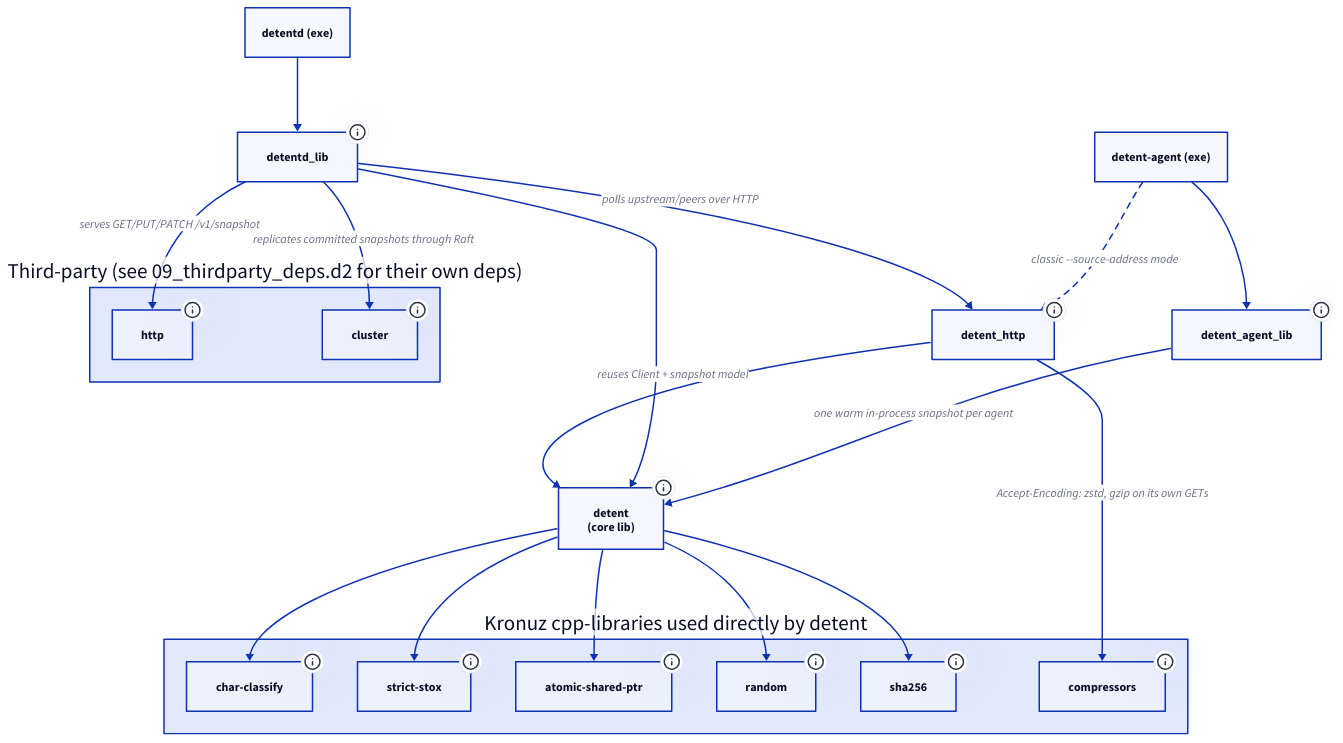
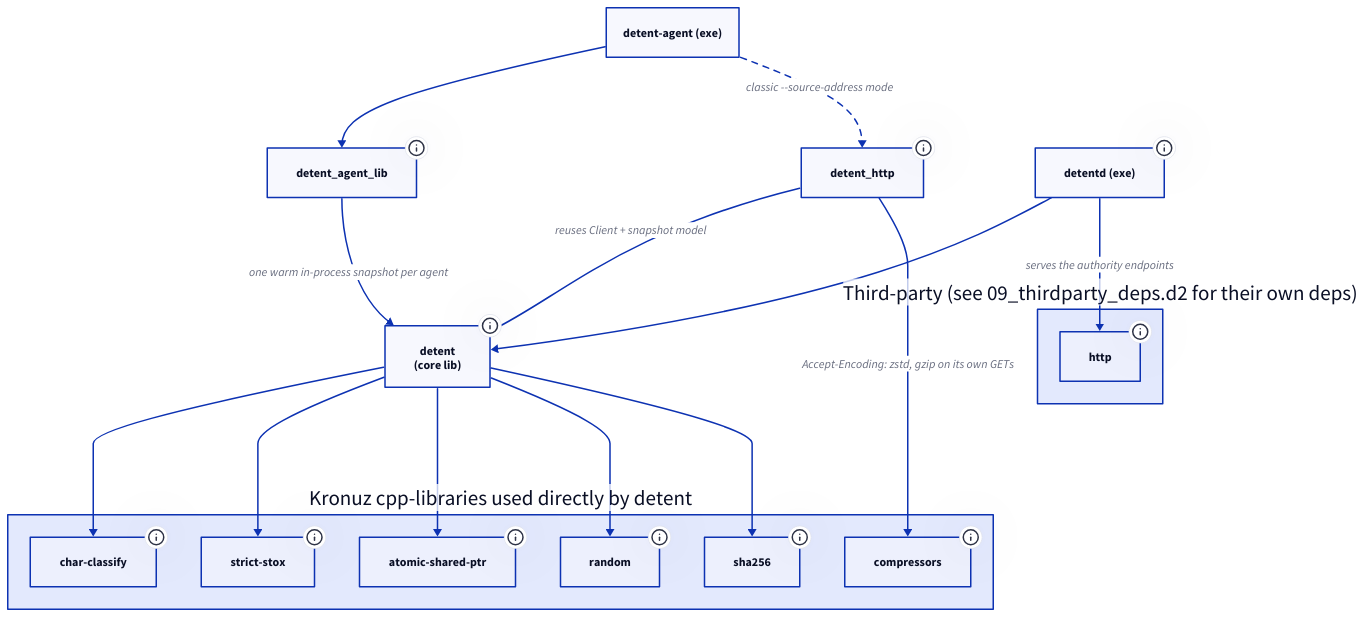
One commit to Kronuz/Detent changed the diagram in diagrams/08_detent_deps.d2. Above: the diagram before and after it, drawn with D2. The commit also changed 115 other files, not shown here.

First line of the commit message:
Remove the classic distributor and classic Raft

```diff
--- a/diagrams/08_detent_deps.d2
+++ b/diagrams/08_detent_deps.d2
@@ -1,51 +1,46 @@
-# Selected classic-profile targets and their direct dependencies.
+# Selected targets and their direct dependencies.
 # Managed authority and generation targets are documented separately.
 direction: down
 
 detent: "detent\n(core lib)" {
   tooltip: RCU client, JSON schema, hashing, overrides, file source
 }
 detent_http: "detent_http" {
   tooltip: HTTP polling client -- plain POSIX sockets, no reactor
 }
-detentd_lib: "detentd_lib" {
-  tooltip: HTTP distributor daemon logic
-}
 detent_agent_lib: "detent_agent_lib" {
   tooltip: Shared-memory agent reader and writer logic
 }
-detentd_exe: "detentd (exe)"
+detentd_exe: "detentd (exe)" {
+  tooltip: Durable authority daemon
+}
 detent_agent_exe: "detent-agent (exe)"
 
 kronuz: Kronuz cpp-libraries used directly by detent {
   char_classify: char-classify {tooltip: "ASCII classification tables used by the JSON tokenizer"}
   strict_stox: strict-stox {tooltip: "Strict numeric string parsing (no silent truncation) for knob values"}
   atomic_shared_ptr: atomic-shared-ptr {tooltip: "Lock-free RCU snapshot swap -- the whole read-path fast path depends on this"}
   random: random {tooltip: "Randomized source retry and backoff jitter"}
   sha256: sha256 {tooltip: "Rollout hashing per the JustKnobs spec (stable bucket assignment)"}
   compressors: compressors {tooltip: "zstd/gzip codecs -- lets detent_http negotiate Accept-Encoding on its own, no HTTP-framework weight"}
 }
 
 thirdparty: Third-party (see 09_thirdparty_deps.d2 for their own deps) {
-  http: "http" {tooltip: "HTTP server framework for /v1/snapshot and /v1/health"}
-  cluster: "cluster" {tooltip: "Raft replication over configured UDP peers"}
+  http: "http" {tooltip: "HTTP server framework for the authority endpoints"}
 }
 
 detent -> kronuz.char_classify
 detent -> kronuz.strict_stox
 detent -> kronuz.atomic_shared_ptr
 detent -> kronuz.random
 detent -> kronuz.sha256
 
 detent_http -> detent: "reuses Client + snapshot model"
 detent_http -> kronuz.compressors: "Accept-Encoding: zstd, gzip on its own GETs"
 
-detentd_lib -> detent
-detentd_lib -> detent_http: "polls upstream/peers over HTTP"
-detentd_lib -> thirdparty.http: "serves GET/PUT/PATCH /v1/snapshot"
-detentd_lib -> thirdparty.cluster: "replicates committed snapshots through Raft"
-detentd_exe -> detentd_lib
+detentd_exe -> detent
+detentd_exe -> thirdparty.http: "serves the authority endpoints"
 
 detent_agent_lib -> detent: "one warm in-process snapshot per agent"
 detent_agent_exe -> detent_agent_lib
 detent_agent_exe -> detent_http: "classic --source-address mode" {style.stroke-dash: 4}
```
